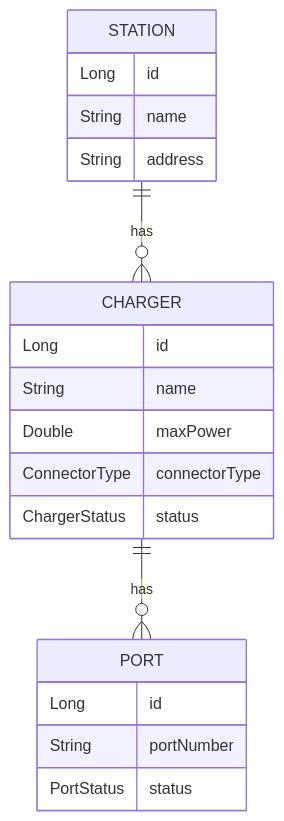
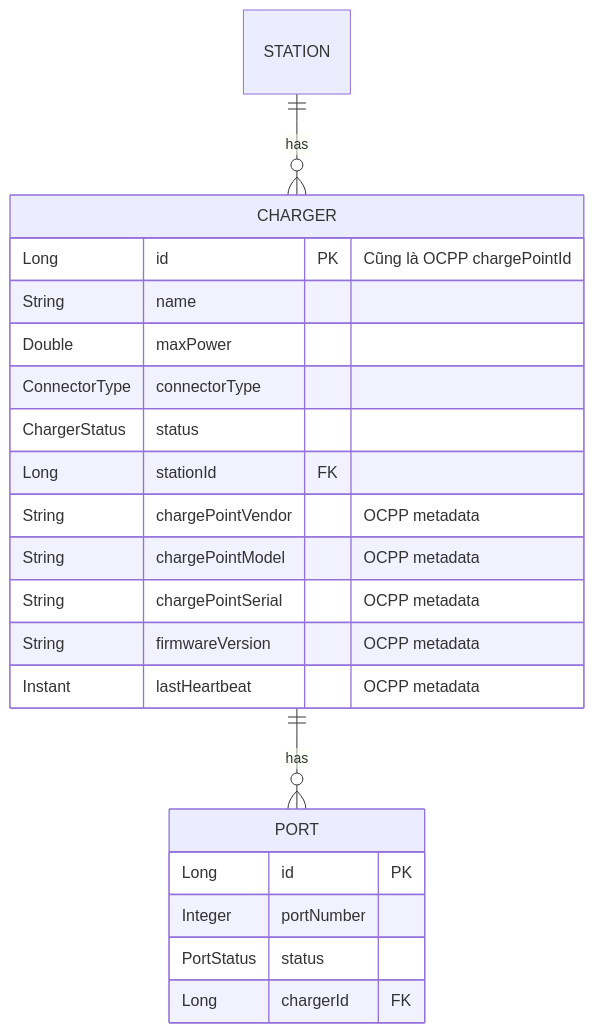
The first of 4 diagrams in evgo/docs/walkthrough-charger-module.md (Sherllgen/DATN), drawn with Mermaid before and after one commit. The commit also changed other lines of this file and 39 other files, not shown here.

Commit message:
feat: Implement initial OCPP protocol handling. And update charger module to support OCPP

````diff
--- a/evgo/docs/walkthrough-charger-module.md
+++ b/evgo/docs/walkthrough-charger-module.md
@@ -20,25 +20,26 @@
 ```mermaid
 erDiagram
     STATION ||--o{ CHARGER : has
     CHARGER ||--o{ PORT : has
 
-    STATION {
-        Long id
-        String name
-        String address
-    }
-
     CHARGER {
-        Long id
+        Long id PK "Cũng là OCPP chargePointId"
         String name
         Double maxPower
         ConnectorType connectorType
         ChargerStatus status
+        Long stationId FK
+        String chargePointVendor "OCPP metadata"
+        String chargePointModel "OCPP metadata"
+        String chargePointSerial "OCPP metadata"
+        String firmwareVersion "OCPP metadata"
+        Instant lastHeartbeat "OCPP metadata"
     }
 
     PORT {
-        Long id
-        String portNumber
+        Long id PK
+        Integer portNumber
         PortStatus status
+        Long chargerId FK
     }
 ```
````
